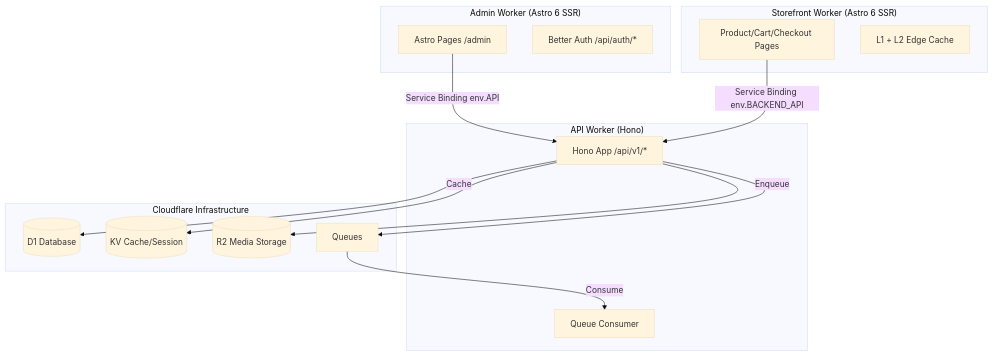
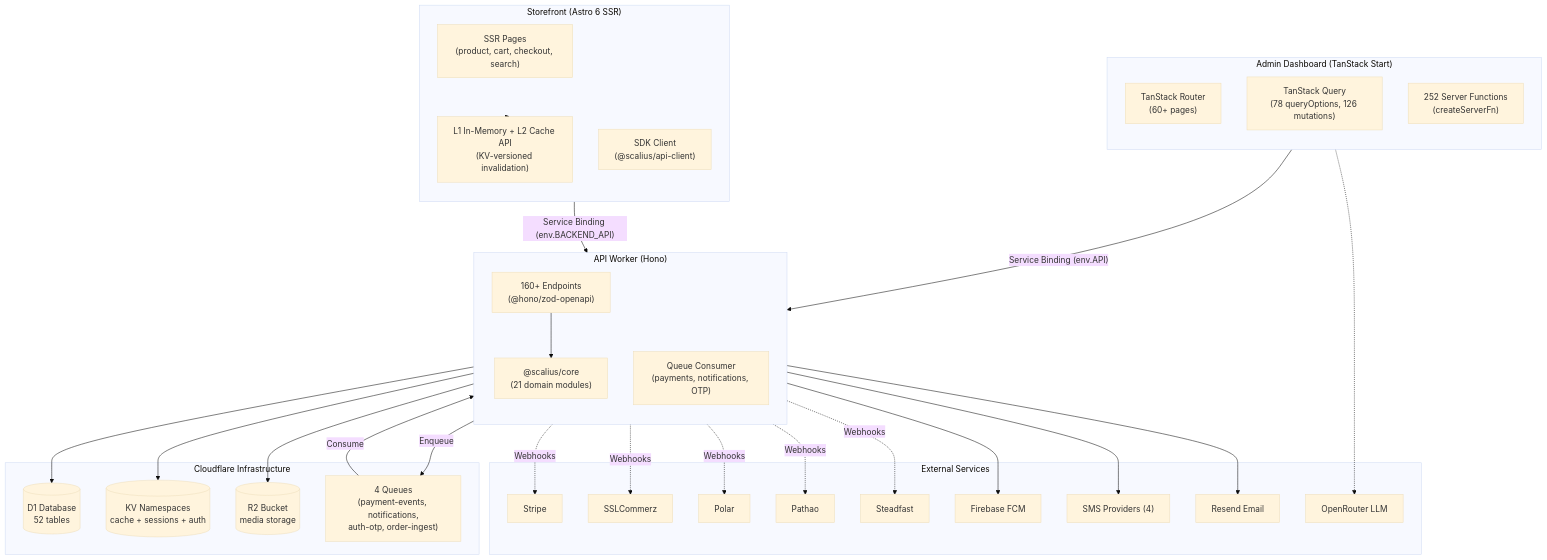
Before and after one commit to scaliuslabs/scalius-commerce-lite: the first of 3 diagrams in README.MD, drawn with Mermaid (base theme). The commit also changed other lines of this file and 2 other files, not shown here.

````diff
--- a/README.MD
+++ b/README.MD
@@ -113,32 +90,62 @@
 ```mermaid
 flowchart TB
-    subgraph Admin ["Admin Worker (Astro 6 SSR)"]
-        AdminPages[Astro Pages /admin]
-        AuthPages[Better Auth /api/auth/*]
+    subgraph AdminV2 ["Admin Dashboard (TanStack Start)"]
+        direction TB
+        TSRouter["TanStack Router<br/>(60+ pages)"]
+        TSQuery["TanStack Query<br/>(78 queryOptions, 126 mutations)"]
+        ServerFns["252 Server Functions<br/>(createServerFn)"]
     end
 
-    subgraph Storefront ["Storefront Worker (Astro 6 SSR)"]
-        StorefrontPages[Product/Cart/Checkout Pages]
-        EdgeCache[L1 + L2 Edge Cache]
+    subgraph Storefront ["Storefront (Astro 6 SSR)"]
+        direction TB
+        AstroPages["SSR Pages<br/>(product, cart, checkout, search)"]
+        EdgeCache["L1 In-Memory + L2 Cache API<br/>(KV-versioned invalidation)"]
+        SDKClient["SDK Client<br/>(@scalius/api-client)"]
     end
 
     subgraph API ["API Worker (Hono)"]
-        HonoApp[Hono App /api/v1/*]
-        QueueConsumer[Queue Consumer]
+        direction TB
+        HonoApp["160+ Endpoints<br/>(@hono/zod-openapi)"]
+        QueueConsumer["Queue Consumer<br/>(payments, notifications, OTP)"]
+        CoreModules["@scalius/core<br/>(21 domain modules)"]
     end
 
-    subgraph Infra [Cloudflare Infrastructure]
-        D1[(D1 Database)]
-        KV[(KV Cache/Session)]
-        R2[(R2 Media Storage)]
-        Queues[Queues]
+    subgraph Infra ["Cloudflare Infrastructure"]
+        D1[(D1 Database<br/>52 tables)]
+        KV[(KV Namespaces<br/>cache + sessions + auth)]
+        R2[(R2 Bucket<br/>media storage)]
+        Queues["4 Queues<br/>(payment-events, notifications,<br/>auth-otp, order-ingest)"]
     end
 
-    AdminPages -->|Service Binding env.API| HonoApp
-    StorefrontPages -->|Service Binding env.BACKEND_API| HonoApp
-    HonoApp --> D1
-    HonoApp -->|Cache| KV
-    HonoApp --> R2
-    HonoApp -->|Enqueue| Queues
+    subgraph External ["External Services"]
+        Stripe["Stripe"]
+        SSLCommerz["SSLCommerz"]
+        Polar["Polar"]
+        Pathao["Pathao"]
+        Steadfast["Steadfast"]
+        Firebase["Firebase FCM"]
+        SMS["SMS Providers (4)"]
+        Resend["Resend Email"]
+        OpenRouter["OpenRouter LLM"]
+    end
+
+    AdminV2 -->|"Service Binding (env.API)"| API
+    Storefront -->|"Service Binding (env.BACKEND_API)"| API
+    API --> D1
+    API --> KV
+    API --> R2
+    API -->|Enqueue| Queues
     Queues -->|Consume| QueueConsumer
+    QueueConsumer --> Firebase
+    QueueConsumer --> SMS
+    QueueConsumer --> Resend
+    HonoApp --> CoreModules
+    Storefront --> EdgeCache
+
+    API -.->|Webhooks| Stripe
+    API -.->|Webhooks| SSLCommerz
+    API -.->|Webhooks| Polar
+    API -.->|Webhooks| Pathao
+    API -.->|Webhooks| Steadfast
+    AdminV2 -.-> OpenRouter
 ```
````
